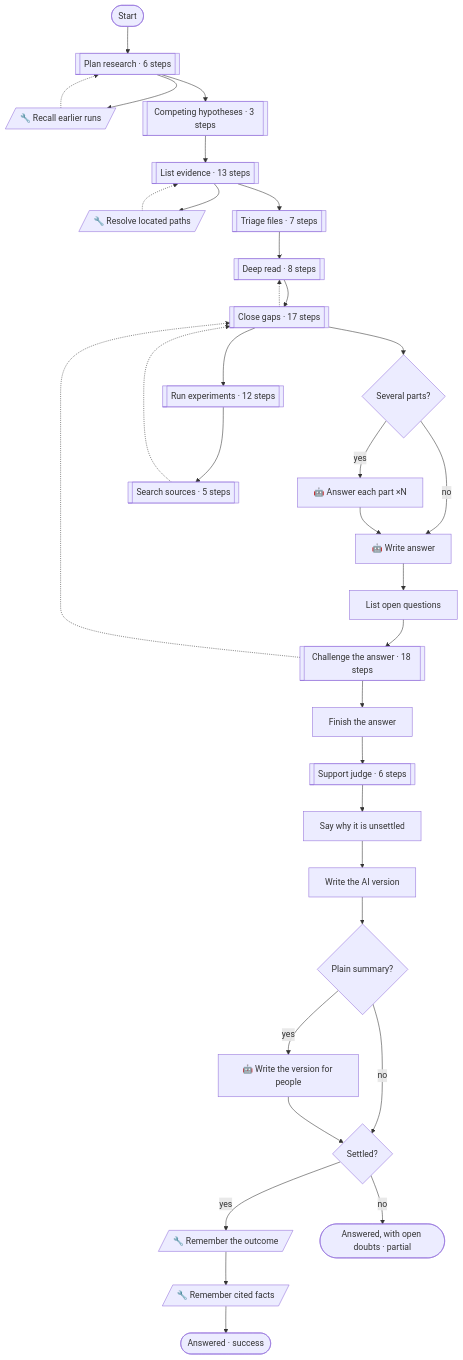
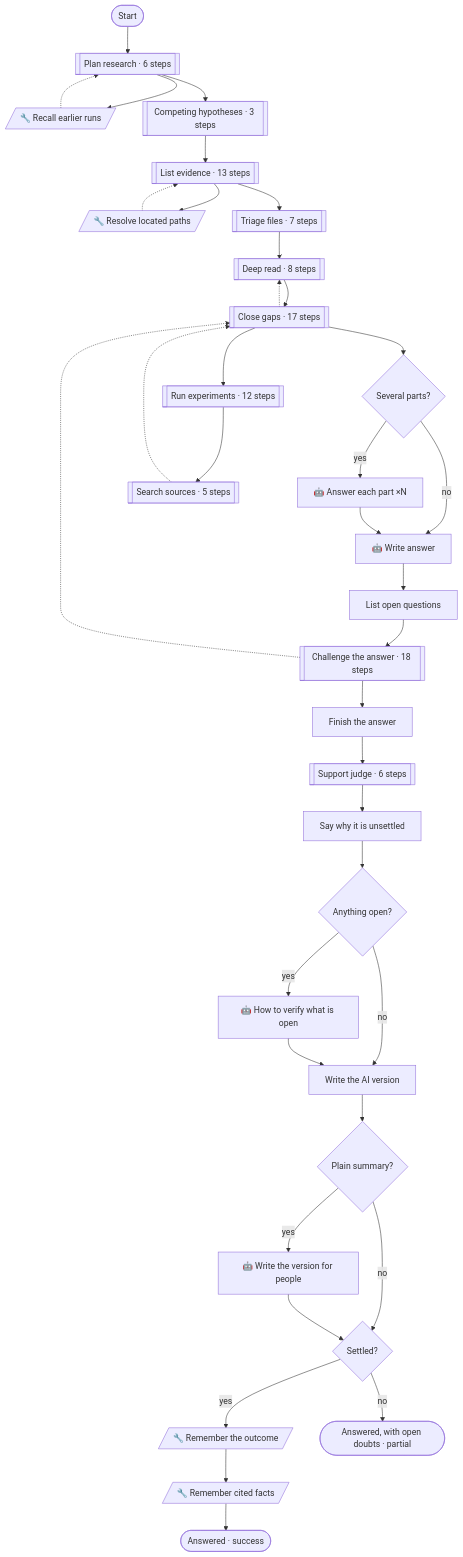
One commit to pirty6/symphony-core changed the first of 7 diagrams in docs/patterns.md. Above: the diagram before and after it, drawn with Mermaid. The commit also changed other lines of this file and 40 other files, not shown here.

Commit message:
investigate: verify what is open (az/Kusto, targeted sandboxed experiments, adaptive debate, follow-up) (#38)

````diff
--- a/docs/patterns.md
+++ b/docs/patterns.md
@@ -131,63 +142,68 @@
 ```mermaid
 flowchart TD
   n_start(["Start"])
   n_recall[/"🔧 Recall earlier runs"/]
   n_resolveScope[/"🔧 Resolve located paths"/]
   n_multiPart{"Several parts?"}
   n_answerParts["🤖 Answer each part ×N"]
   n_answer["🤖 Write answer"]
   n_listOpen["List open questions"]
   n_attachParts["Finish the answer"]
   n_settled{"Settled?"}
   n_noteDoubts["Say why it is unsettled"]
+  n_anyOpen{"Anything open?"}
+  n_planVerification["🤖 How to verify what is open"]
   n_handoffDoc["Write the AI version"]
   n_wantPlain{"Plain summary?"}
   n_explain["🤖 Write the version for people"]
   n_learnAnswer[/"🔧 Remember the outcome"/]
   n_rememberCited[/"🔧 Remember cited facts"/]
   n_done(["Answered · success"])
   n_doubts(["Answered, with open doubts · partial"])
   n_planPhase[["Plan research · 6 steps"]]
   n_hypothesesPhase[["Competing hypotheses · 3 steps"]]
   n_listPhase[["List evidence · 13 steps"]]
   n_triagePhase[["Triage files · 7 steps"]]
   n_deepPhase[["Deep read · 8 steps"]]
   n_experimentPhase[["Run experiments · 12 steps"]]
   n_sourcePhase[["Search sources · 5 steps"]]
   n_gapPhase[["Close gaps · 17 steps"]]
   n_challengePhase[["Challenge the answer · 18 steps"]]
   n_judgePhase[["Support judge · 6 steps"]]
   n_start --> n_planPhase
   n_planPhase --> n_recall
   n_recall -.-> n_planPhase
   n_planPhase --> n_hypothesesPhase
   n_hypothesesPhase --> n_listPhase
   n_listPhase --> n_resolveScope
   n_resolveScope -.-> n_listPhase
   n_listPhase --> n_triagePhase
   n_triagePhase --> n_deepPhase
   n_deepPhase --> n_gapPhase
   n_gapPhase --> n_experimentPhase
   n_experimentPhase --> n_sourcePhase
   n_sourcePhase -.-> n_gapPhase
   n_gapPhase -.-> n_deepPhase
   n_gapPhase --> n_multiPart
   n_multiPart -->|"yes"| n_answerParts
   n_multiPart -->|"no"| n_answer
   n_answerParts --> n_answer
   n_answer --> n_listOpen
   n_listOpen --> n_challengePhase
   n_challengePhase --> n_attachParts
   n_challengePhase -.-> n_gapPhase
   n_attachParts --> n_judgePhase
   n_judgePhase --> n_noteDoubts
-  n_noteDoubts --> n_handoffDoc
+  n_noteDoubts --> n_anyOpen
+  n_anyOpen -->|"yes"| n_planVerification
+  n_anyOpen -->|"no"| n_handoffDoc
+  n_planVerification --> n_handoffDoc
   n_handoffDoc --> n_wantPlain
   n_wantPlain -->|"yes"| n_explain
   n_wantPlain -->|"no"| n_settled
   n_explain --> n_settled
   n_settled -->|"yes"| n_learnAnswer
   n_settled -->|"no"| n_doubts
   n_learnAnswer --> n_rememberCited
   n_rememberCited --> n_done
 ```
````
